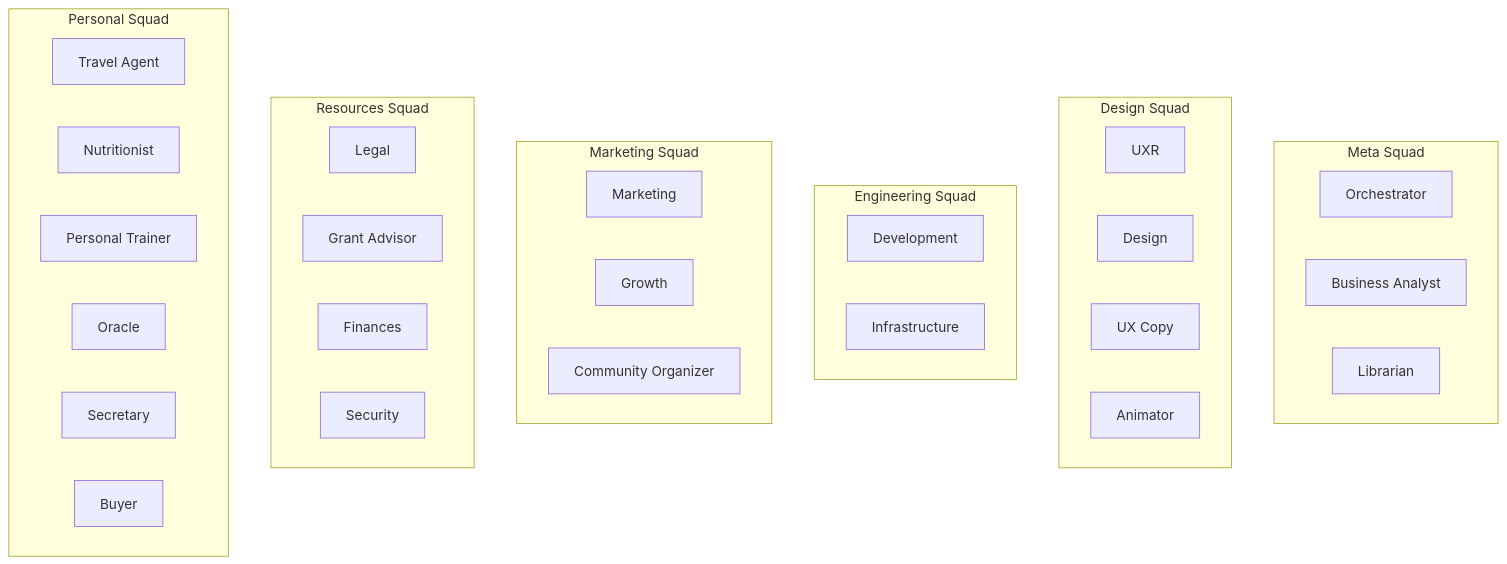
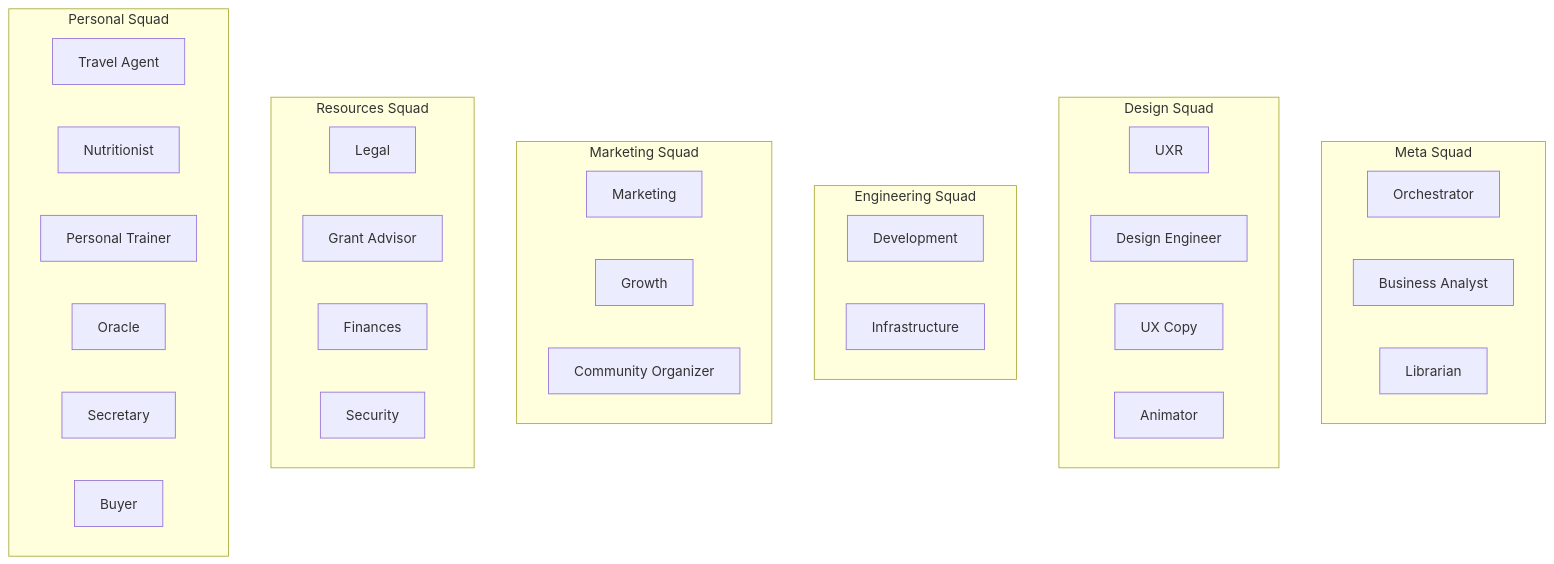
The diagram in projects/studio/epics/v0.36.0/ai-agents-domains.md (nonlinear/backstage), drawn with Mermaid before and after one commit. The commit also changed other lines of this file and 21 other files, not shown here.

````diff
--- a/projects/studio/epics/v0.36.0/ai-agents-domains.md
+++ b/projects/studio/epics/v0.36.0/ai-agents-domains.md
@@ -11,48 +11,48 @@
 ```mermaid
 graph TD
     subgraph Meta[Meta Squad]
         direction LR
         O[Orchestrator]
         BA[Business Analyst]
         LIB[Librarian]
     end
     
     subgraph Design[Design Squad]
         direction LR
         UXR[UXR]
-        DES[Design]
+        DES[Design Engineer]
         UXC[UX Copy]
         ANI[Animator]
     end
     
     subgraph Engineering[Engineering Squad]
         direction LR
         DEV[Development]
         INF[Infrastructure]
     end
     
     subgraph Marketing[Marketing Squad]
         direction LR
         MKT[Marketing]
         GRW[Growth]
         COM[Community Organizer]
     end
     
     subgraph Resources[Resources Squad]
         direction LR
         LEG[Legal]
         GRA[Grant Advisor]
         FIN[Finances]
         SEC_RES[Security]
     end
     
     subgraph Personal[Personal Squad]
         direction LR
         TRV[Travel Agent]
         NUT[Nutritionist]
         PTR[Personal Trainer]
         ORC[Oracle]
         SEC[Secretary]
         BUY[Buyer]
     end
 ```
````
